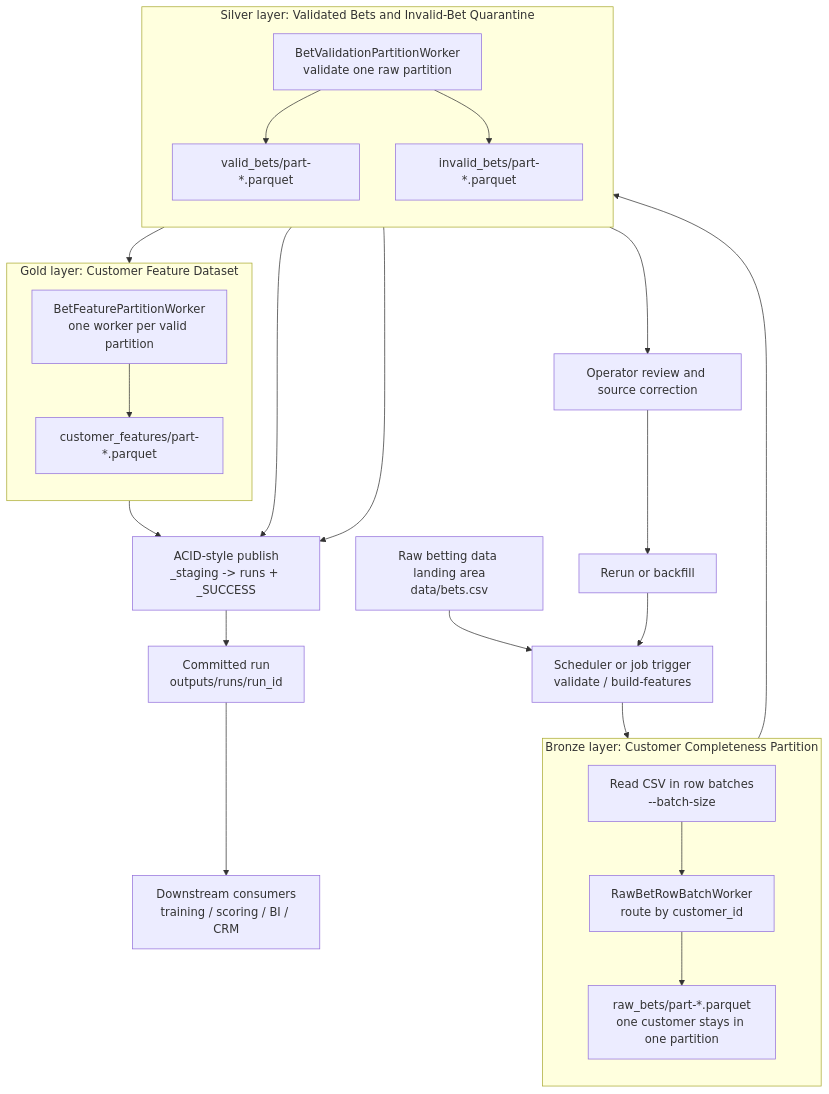
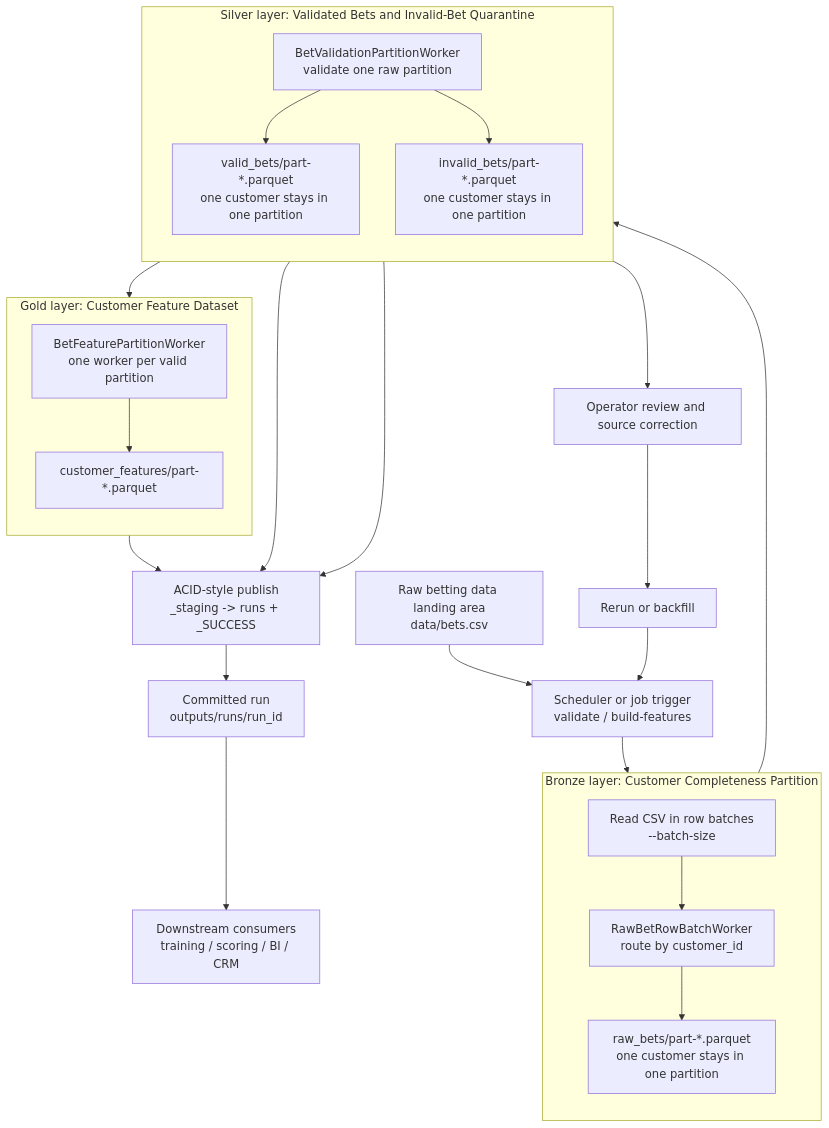
One commit to diyang/entain-case-test changed the first of 3 diagrams in docs/architecture.md. Above: the diagram before and after it, drawn with Mermaid.

Commit message:
update flow chart

````diff
--- a/docs/architecture.md
+++ b/docs/architecture.md
@@ -5,47 +5,47 @@
 ```mermaid
 flowchart TD
     raw["Raw betting data landing area<br/>data/bets.csv"]
     trigger["Scheduler or job trigger<br/>validate / build-features"]
 
     subgraph bronze["Bronze&nbsp;layer:&nbsp;Customer&nbsp;Completeness&nbsp;Partition"]
         direction TD
         read["Read CSV in row batches<br/>--batch-size"]
         route["RawBetRowBatchWorker<br/>route by customer_id"]
         raw_parts["raw_bets/part-*.parquet<br/>one customer stays in one partition"]
 
         read --> route --> raw_parts
     end
 
     subgraph silver["Silver&nbsp;layer:&nbsp;Validated&nbsp;Bets&nbsp;and&nbsp;Invalid-Bet&nbsp;Quarantine"]
         direction TD
         validate["BetValidationPartitionWorker<br/>validate one raw partition"]
-        valid["valid_bets/part-*.parquet"]
-        invalid["invalid_bets/part-*.parquet"]
+        valid["valid_bets/part-*.parquet<br/>one customer stays in one partition"]
+        invalid["invalid_bets/part-*.parquet<br/>one customer stays in one partition"]
 
         validate --> valid
         validate --> invalid
     end
 
     subgraph gold["Gold&nbsp;layer:&nbsp;Customer&nbsp;Feature&nbsp;Dataset"]
         direction TD
         feature_worker["BetFeaturePartitionWorker<br/>one worker per valid partition"]
         feature_output["customer_features/part-*.parquet"]
 
         feature_worker --> feature_output
     end
 
     publish["ACID-style publish<br/>_staging -> runs + _SUCCESS"]
     committed["Committed run<br/>outputs/runs/run_id"]
     consumers["Downstream consumers<br/>training / scoring / BI / CRM"]
     review["Operator review and source correction"]
     rerun["Rerun or backfill"]
 
     raw --> trigger --> read
     raw_parts --> validate
     valid --> feature_worker
     valid --> publish
     invalid --> publish
     feature_output --> publish
     publish --> committed --> consumers
     invalid --> review --> rerun --> trigger
 ```
````
